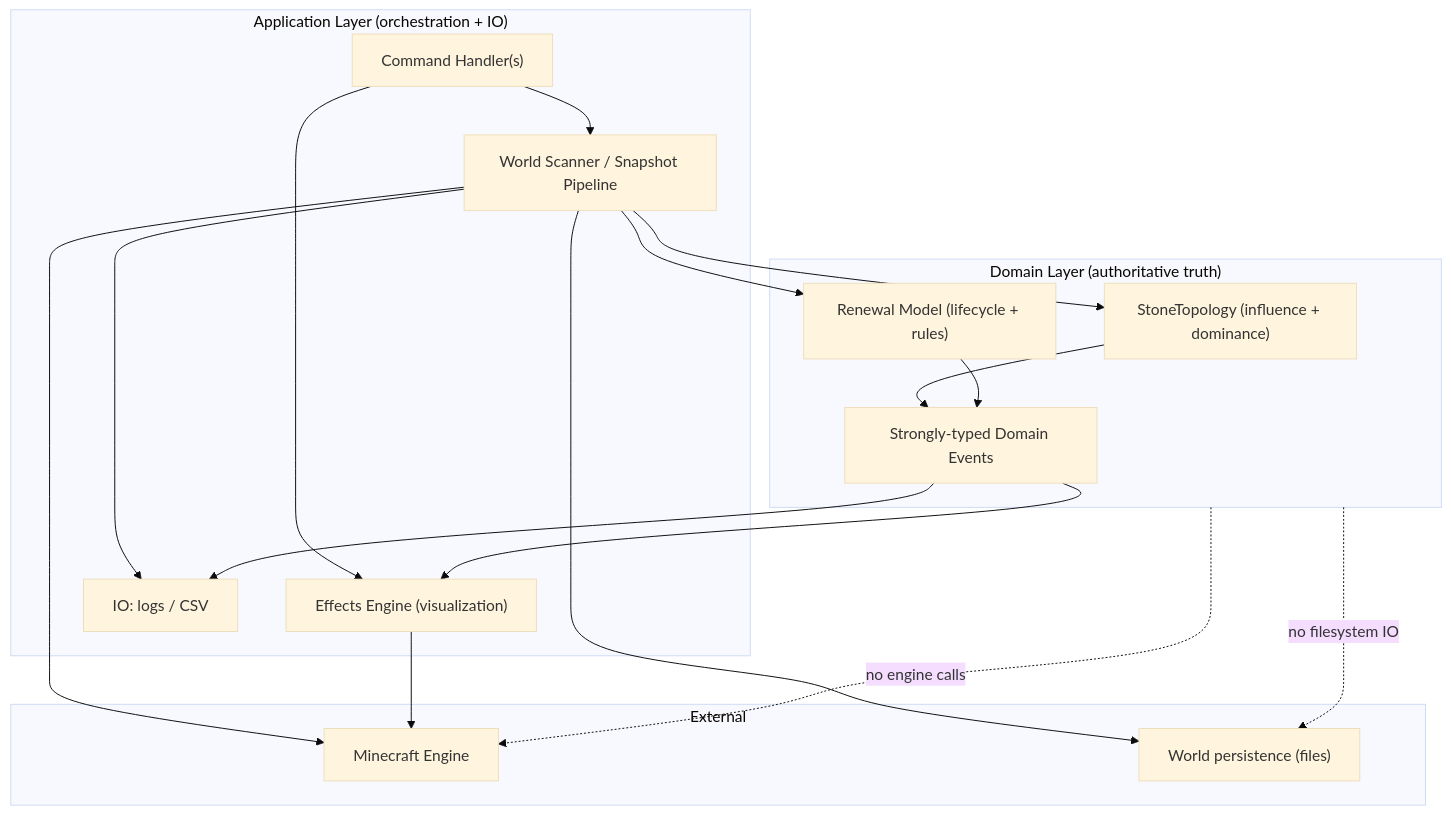
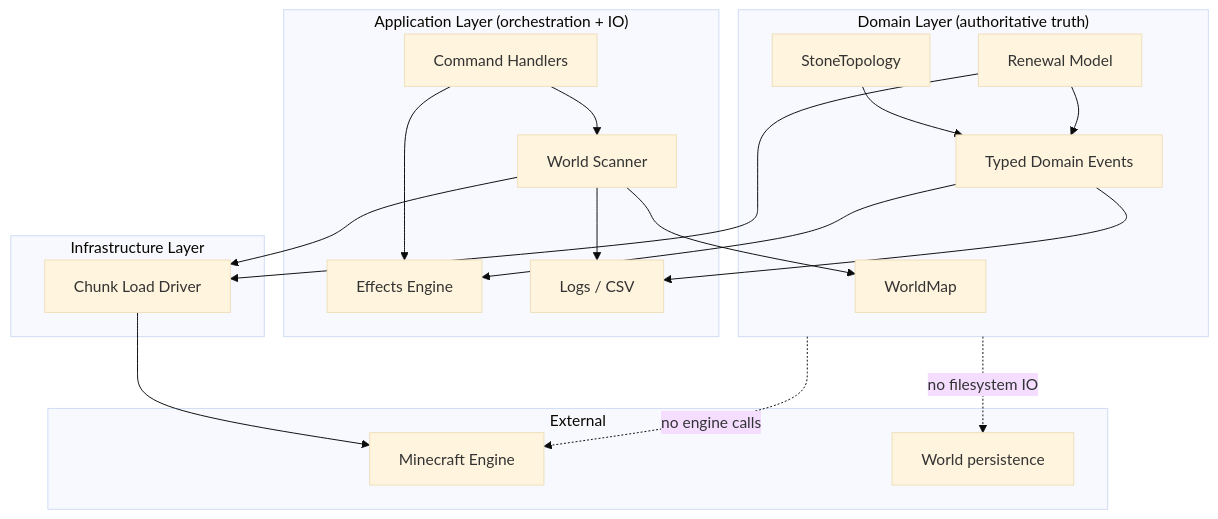
The second of 3 diagrams in ARCHITECTURE.md (olilanz/memento-mc), drawn with Mermaid (base theme) before and after one commit. The commit also changed other lines of this file and 1 other file, not shown here.

````diff
--- a/ARCHITECTURE.md
+++ b/ARCHITECTURE.md
@@ -53,38 +53,44 @@
 ```mermaid
 flowchart TB
   subgraph Application["Application Layer (orchestration + IO)"]
-    Commands["Command Handler(s)"]
-    Scanner["World Scanner / Snapshot Pipeline"]
-    Effects["Effects Engine (visualization)"]
-    IO["IO: logs / CSV"]
+    Commands["Command Handlers"]
+    Scanner["World Scanner"]
+    Effects["Effects Engine"]
+    IO["Logs / CSV"]
+  end
+
+  subgraph Infrastructure["Infrastructure Layer"]
+    Driver["Chunk Load Driver"]
   end
 
   subgraph Domain["Domain Layer (authoritative truth)"]
-    StoneTopology["StoneTopology (influence + dominance)"]
-    RenewalModel["Renewal Model (lifecycle + rules)"]
-    Events["Strongly-typed Domain Events"]
+    WorldMap["WorldMap"]
+    StoneTopology["StoneTopology"]
+    RenewalModel["Renewal Model"]
+    Events["Typed Domain Events"]
   end
 
   subgraph External["External"]
     MC["Minecraft Engine"]
-    FS["World persistence (files)"]
+    FS["World persistence"]
   end
 
   Commands --> Scanner
   Commands --> Effects
 
-  Scanner --> MC
-  Scanner --> FS
+  Scanner --> Driver
+  RenewalModel --> Driver
+
+  Driver --> MC
+
+  Scanner --> WorldMap
   Scanner --> IO
-  Scanner --> StoneTopology
-  Scanner --> RenewalModel
 
-  Effects --> MC
   StoneTopology --> Events
   RenewalModel --> Events
   Events --> Effects
   Events --> IO
 
   Domain -. no engine calls .-> MC
   Domain -. no filesystem IO .-> FS
 ```
````
